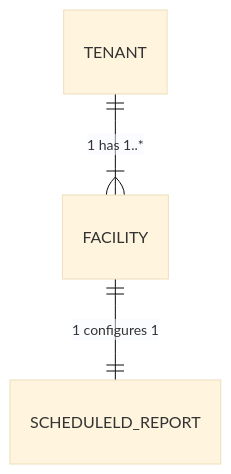
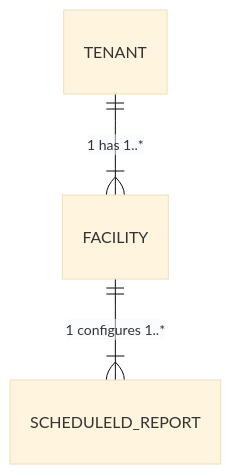
Before and after one commit to lantanagroup/link-cloud: the third of 9 diagrams in docs/docs/proposals/tenant-multi-facility-proposal.mdx, drawn with Mermaid (base theme). The commit also changed other lines of this file, not shown here.

Commit message:
Misc updates to graphs and spell checking

````diff
--- a/docs/docs/proposals/tenant-multi-facility-proposal.mdx
+++ b/docs/docs/proposals/tenant-multi-facility-proposal.mdx
@@ -149,7 +143,7 @@
 ```mermaid
 
 erDiagram
 	TENANT||--|{FACILITY:"1 has 1..*"
-	FACILITY||--||SCHEDULELD_REPORT:"1 configures 1"
+	FACILITY||--|{SCHEDULELD_REPORT:"1 configures 1..*"
 
 ```
````
